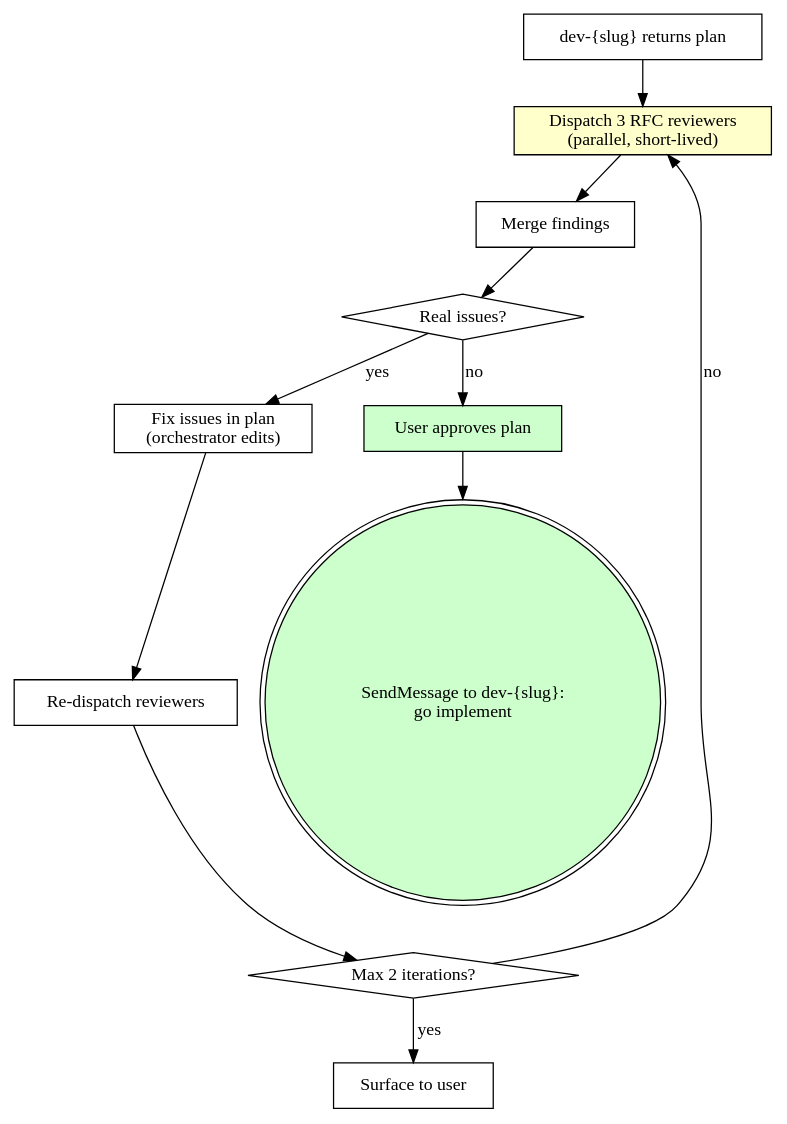
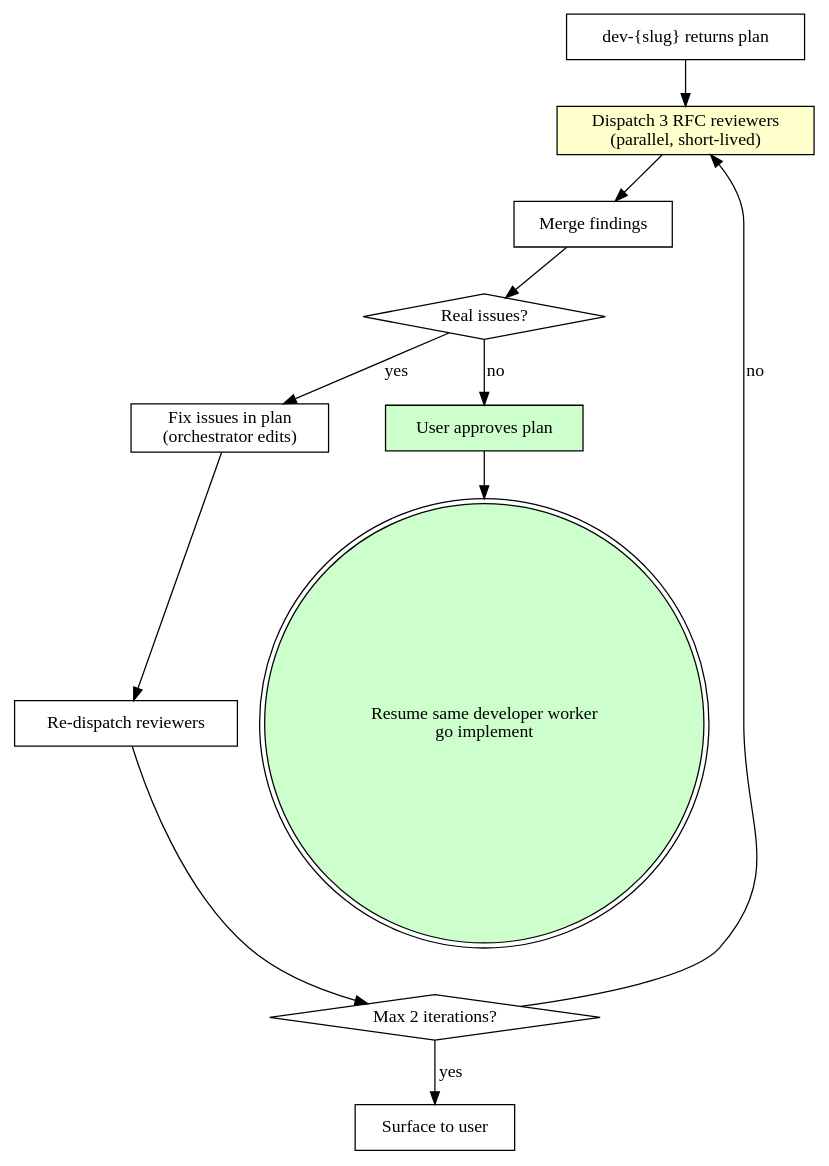
Before and after one commit to soelinmyat/pm: the second of 2 diagrams in skills/dev/references/single-issue-flow.md, drawn with Graphviz. The commit also changed other lines of this file and 14 other files, not shown here.

````diff
--- a/skills/dev/references/single-issue-flow.md
+++ b/skills/dev/references/single-issue-flow.md
@@ -435,25 +419,25 @@
 ```dot
 digraph plan_review {
     "dev-{slug} returns plan" [shape=box];
     "Dispatch 3 RFC reviewers\n(parallel, short-lived)" [shape=box, style=filled, fillcolor="#ffffcc"];
     "Merge findings" [shape=box];
     "Real issues?" [shape=diamond];
     "Fix issues in plan\n(orchestrator edits)" [shape=box];
     "Re-dispatch reviewers" [shape=box];
     "Max 2 iterations?" [shape=diamond];
     "Surface to user" [shape=box];
     "User approves plan" [shape=box, style=filled, fillcolor="#ccffcc"];
-    "SendMessage to dev-{slug}:\ngo implement" [shape=doublecircle, style=filled, fillcolor="#ccffcc"];
+    "Resume same developer worker\ngo implement" [shape=doublecircle, style=filled, fillcolor="#ccffcc"];
 
     "dev-{slug} returns plan" -> "Dispatch 3 RFC reviewers\n(parallel, short-lived)";
     "Dispatch 3 RFC reviewers\n(parallel, short-lived)" -> "Merge findings";
     "Merge findings" -> "Real issues?";
     "Real issues?" -> "Fix issues in plan\n(orchestrator edits)" [label="yes"];
     "Fix issues in plan\n(orchestrator edits)" -> "Re-dispatch reviewers";
     "Re-dispatch reviewers" -> "Max 2 iterations?";
     "Max 2 iterations?" -> "Dispatch 3 RFC reviewers\n(parallel, short-lived)" [label="no"];
     "Max 2 iterations?" -> "Surface to user" [label="yes"];
     "Real issues?" -> "User approves plan" [label="no"];
-    "User approves plan" -> "SendMessage to dev-{slug}:\ngo implement";
+    "User approves plan" -> "Resume same developer worker\ngo implement";
 }
 ```
````
